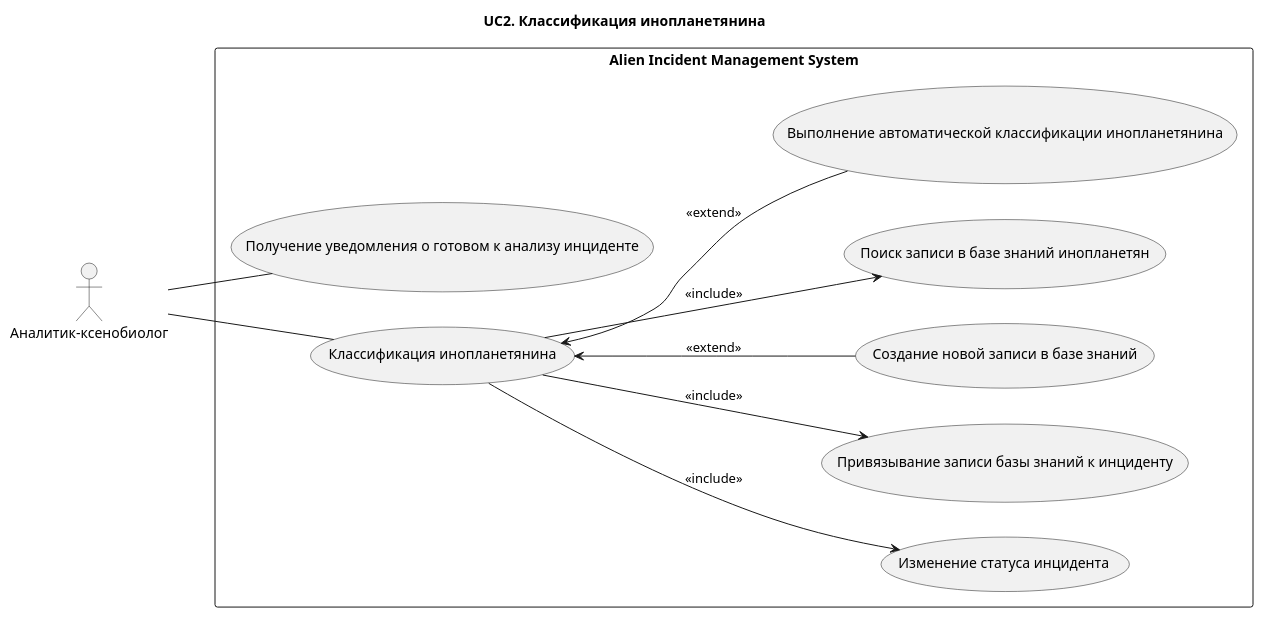
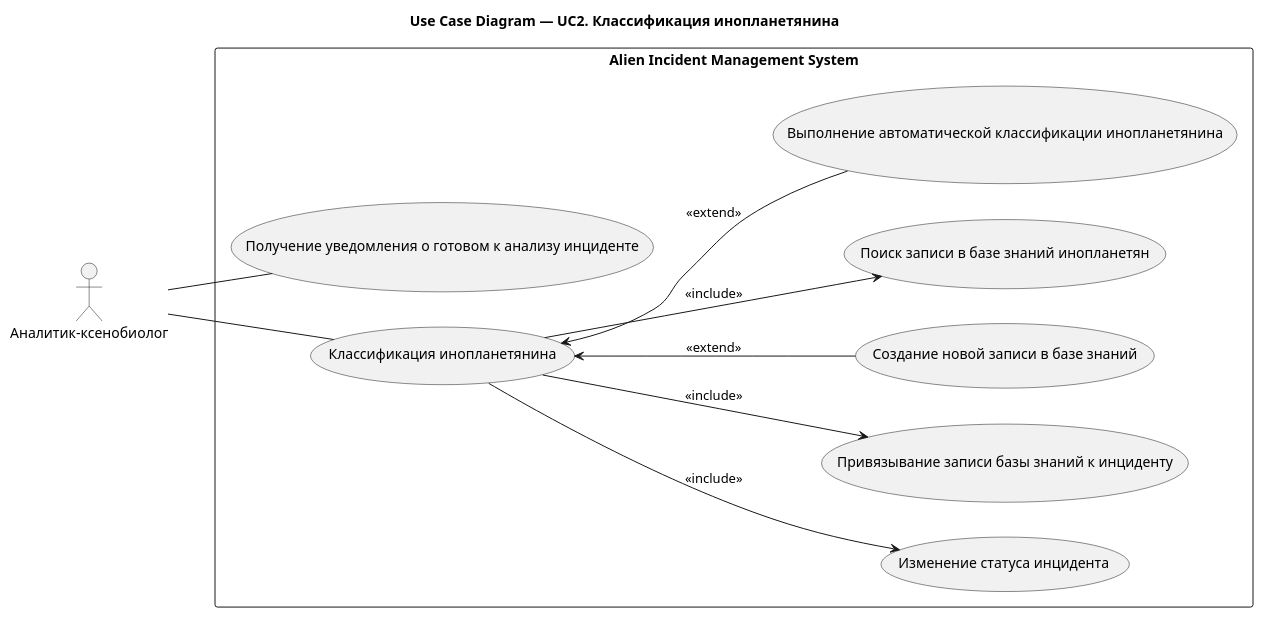
One commit to Andryss/AIMS changed the first of 4 diagrams in docs/use-case/UC2.md. Above: the diagram before and after it, drawn with PlantUML. The commit also changed 31 other files, not shown here.

````diff
--- a/docs/use-case/UC2.md
+++ b/docs/use-case/UC2.md
@@ -5,33 +5,33 @@
 ```plantuml
 @startuml
-title UC2. Классификация инопланетянина
+title Use Case Diagram — UC2. Классификация инопланетянина
 left to right direction
 
 actor "Аналитик-ксенобиолог" as Analyst
 
 rectangle "Alien Incident Management System" {
 
 (Получение уведомления о готовом к анализу инциденте) as UC01
 
 (Классификация инопланетянина) as UC11
 
 (Изменение статуса инцидента) as UC115
 (Привязывание записи базы знаний к инциденту) as UC114
 (Создание новой записи в базе знаний) as UC113
 (Поиск записи в базе знаний инопланетян) as UC112
 (Выполнение автоматической классификации инопланетянина) as UC111
 
 }
 
 Analyst -- UC01
 
 Analyst -- UC11
 
 UC11 <-- UC111 : <<extend>>
 UC11 --> UC112 : <<include>>
 UC11 <-- UC113 : <<extend>>
 UC11 --> UC114 : <<include>>
 UC11 --> UC115 : <<include>>
 
 @enduml
 ```
````
